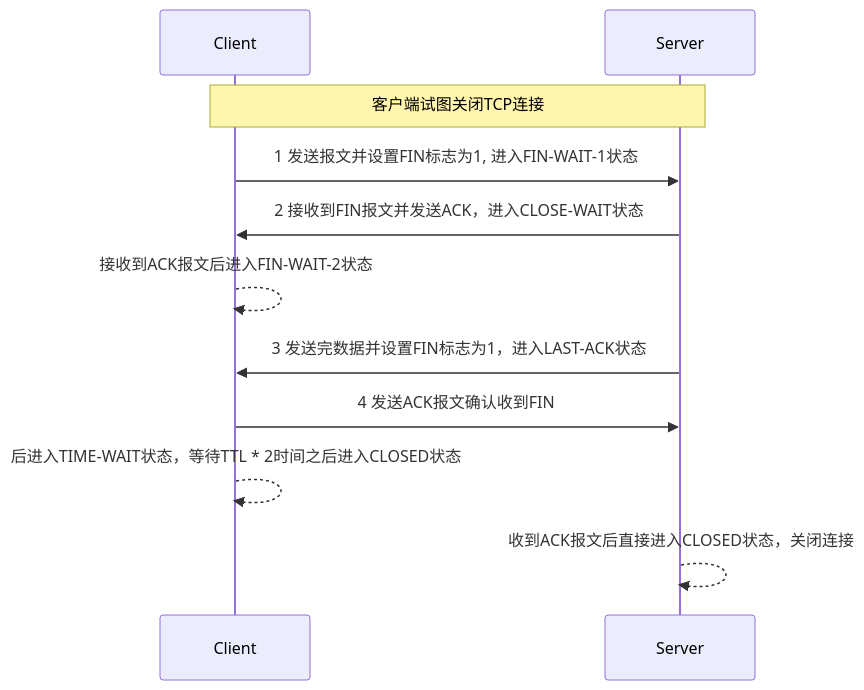
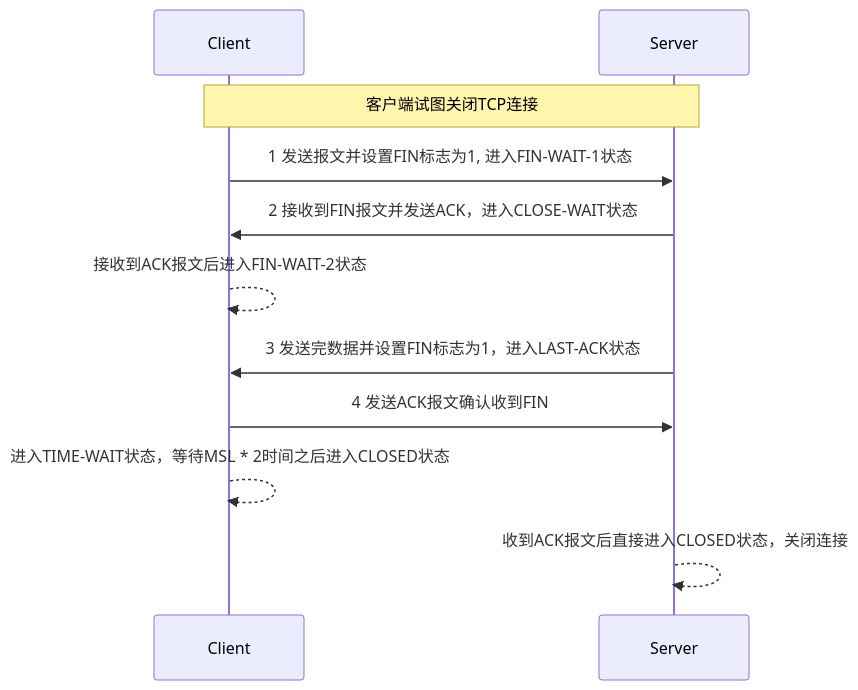
Before and after one commit to willmao/blog: the second of 2 diagrams in source/_posts/tcp-connection-management.md, drawn with Mermaid.

````diff
--- a/source/_posts/tcp-connection-management.md
+++ b/source/_posts/tcp-connection-management.md
@@ -52,15 +52,15 @@
 ```mermaid
 sequenceDiagram
     participant client as Client
     participant server as Server
 
     Note over client, server: 客户端试图关闭TCP连接
 
     client ->> server: 1 发送报文并设置FIN标志为1, 进入FIN-WAIT-1状态
     server ->> client: 2 接收到FIN报文并发送ACK，进入CLOSE-WAIT状态
     client -->> client: 接收到ACK报文后进入FIN-WAIT-2状态
     server ->> client: 3 发送完数据并设置FIN标志为1，进入LAST-ACK状态
     client ->> server: 4 发送ACK报文确认收到FIN
-    client -->> client: 后进入TIME-WAIT状态，等待TTL * 2时间之后进入CLOSED状态
+    client -->> client: 进入TIME-WAIT状态，等待MSL * 2时间之后进入CLOSED状态
     server -->> server: 收到ACK报文后直接进入CLOSED状态，关闭连接
 ```
````
